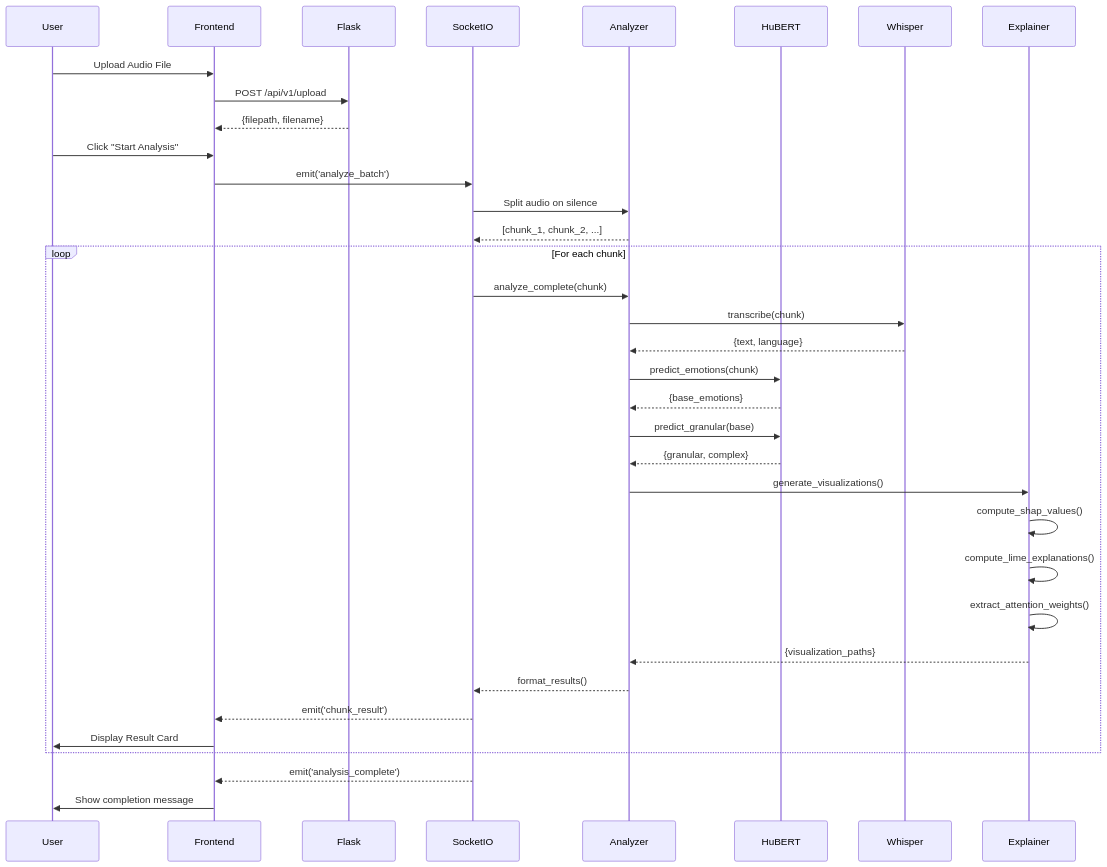
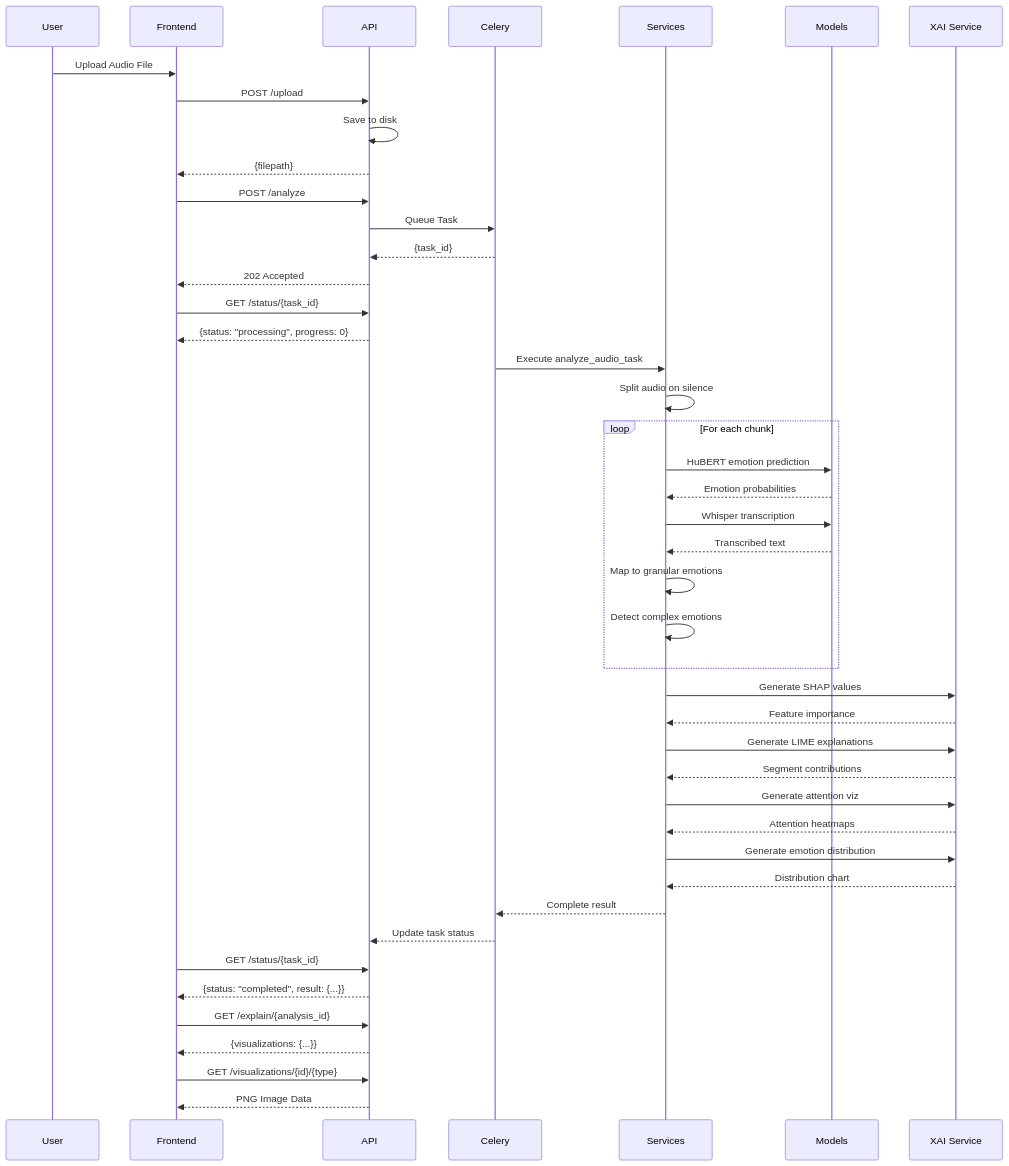
Before and after one commit to satyaki-mitra/HuBERT-Whisper-Based-Speech-Emotion-Analyzer: the second of 4 diagrams in docs/ARCHITECTURE.md, drawn with Mermaid. The commit also changed other lines of this file and 3 other files, not shown here.

Commit message:
ARCHITECTURE Document uploaded

````diff
--- a/docs/ARCHITECTURE.md
+++ b/docs/ARCHITECTURE.md
@@ -230,44 +123,56 @@
 ```mermaid
 sequenceDiagram
-    participant User
-    participant Frontend
-    participant Flask
-    participant SocketIO
-    participant Analyzer
-    participant HuBERT
-    participant Whisper
-    participant Explainer
+    participant U as User
+    participant F as Frontend
+    participant A as API
+    participant C as Celery
+    participant S as Services
+    participant M as Models
+    participant X as XAI Service
     
-    User->>Frontend: Upload Audio File
-    Frontend->>Flask: POST /api/v1/upload
-    Flask-->>Frontend: {filepath, filename}
+    U->>F: Upload Audio File
+    F->>A: POST /upload
+    A->>A: Save to disk
+    A-->>F: {filepath}
     
-    User->>Frontend: Click "Start Analysis"
-    Frontend->>SocketIO: emit('analyze_batch')
+    F->>A: POST /analyze
+    A->>C: Queue Task
+    C-->>A: {task_id}
+    A-->>F: 202 Accepted
     
-    SocketIO->>Analyzer: Split audio on silence
-    Analyzer-->>SocketIO: [chunk_1, chunk_2, ...]
+    F->>A: GET /status/{task_id}
+    A-->>F: {status: "processing", progress: 0}
+    
+    C->>S: Execute analyze_audio_task
+    S->>S: Split audio on silence
     
     loop For each chunk
-        SocketIO->>Analyzer: analyze_complete(chunk)
-        Analyzer->>Whisper: transcribe(chunk)
-        Whisper-->>Analyzer: {text, language}
-        Analyzer->>HuBERT: predict_emotions(chunk)
-        HuBERT-->>Analyzer: {base_emotions}
-        Analyzer->>HuBERT: predict_granular(base)
-        HuBERT-->>Analyzer: {granular, complex}
-        
-        Analyzer->>Explainer: generate_visualizations()
-        Explainer->>Explainer: compute_shap_values()
-        Explainer->>Explainer: compute_lime_explanations()
-        Explainer->>Explainer: extract_attention_weights()
-        Explainer-->>Analyzer: {visualization_paths}
-        
-        Analyzer-->>SocketIO: format_results()
-        SocketIO-->>Frontend: emit('chunk_result')
-        Frontend->>User: Display Result Card
+        S->>M: HuBERT emotion prediction
+        M-->>S: Emotion probabilities
+        S->>M: Whisper transcription
+        M-->>S: Transcribed text
+        S->>S: Map to granular emotions
+        S->>S: Detect complex emotions
     end
     
-    SocketIO-->>Frontend: emit('analysis_complete')
-    Frontend->>User: Show completion message
+    S->>X: Generate SHAP values
+    X-->>S: Feature importance
+    S->>X: Generate LIME explanations
+    X-->>S: Segment contributions
+    S->>X: Generate attention viz
+    X-->>S: Attention heatmaps
+    S->>X: Generate emotion distribution
+    X-->>S: Distribution chart
+    
+    S-->>C: Complete result
+    C-->>A: Update task status
+    
+    F->>A: GET /status/{task_id}
+    A-->>F: {status: "completed", result: {...}}
+    
+    F->>A: GET /explain/{analysis_id}
+    A-->>F: {visualizations: {...}}
+    
+    F->>A: GET /visualizations/{id}/{type}
+    A-->>F: PNG Image Data
 ```
````
